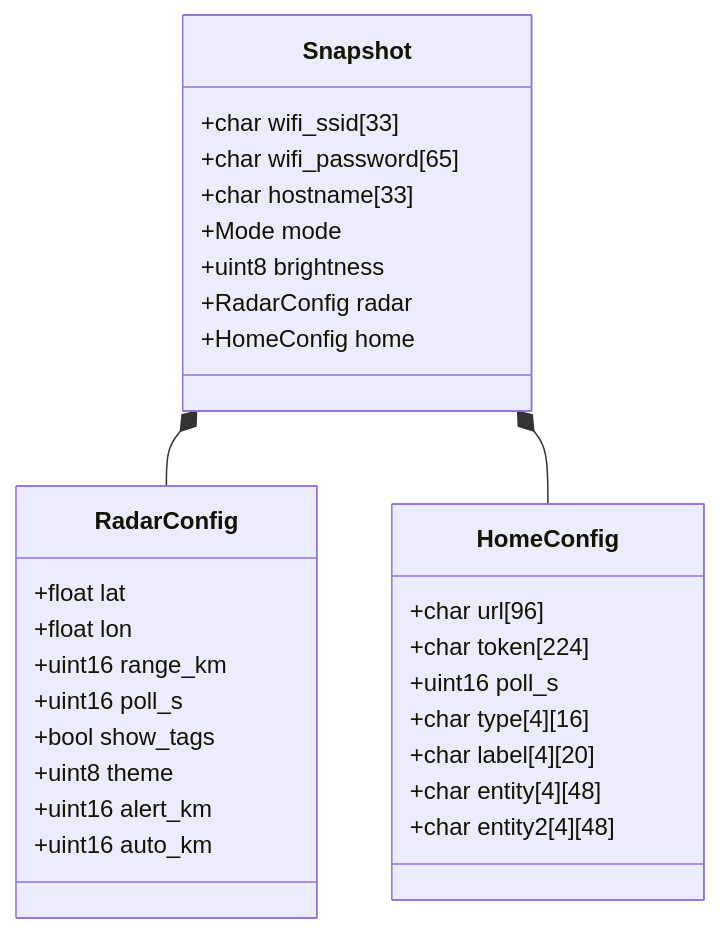
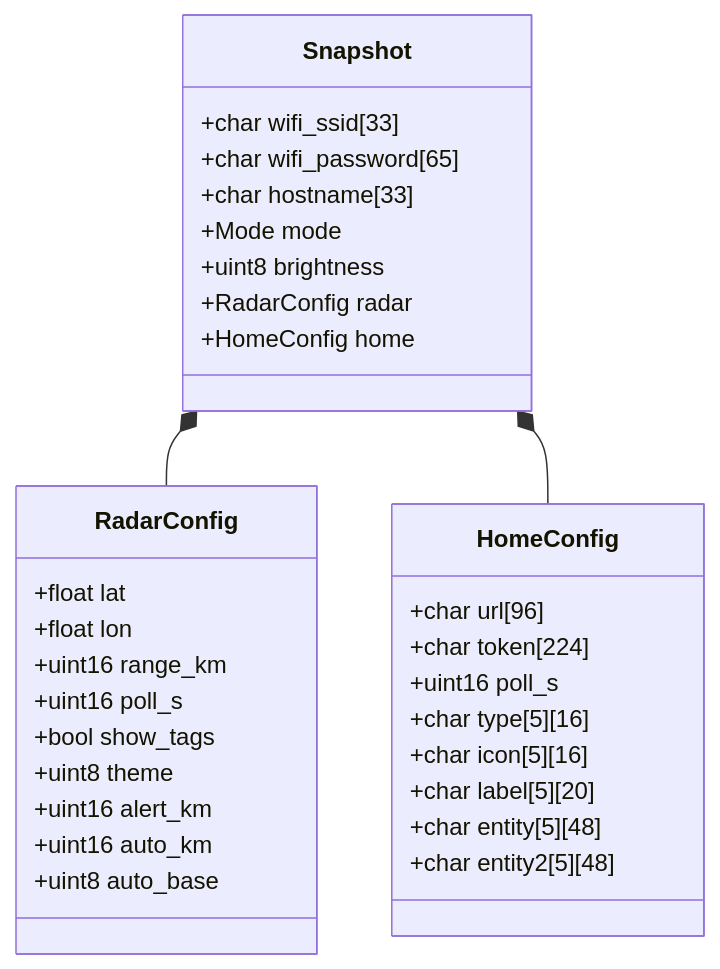
Before and after one commit to Krasnov777/esp32-sky-gauge: the third of 8 diagrams in ARCHITECTURE.md, drawn with Mermaid. The commit also changed other lines of this file and 1 other file, not shown here.

Commit message:
Docs: Home 5 pages + icons, Auto resting-screen selector

````diff
--- a/ARCHITECTURE.md
+++ b/ARCHITECTURE.md
@@ -197,33 +197,35 @@
 ```mermaid
 classDiagram
   class Snapshot {
     +char wifi_ssid[33]
     +char wifi_password[65]
     +char hostname[33]
     +Mode mode
     +uint8 brightness
     +RadarConfig radar
     +HomeConfig home
   }
   class RadarConfig {
     +float lat
     +float lon
     +uint16 range_km
     +uint16 poll_s
     +bool show_tags
     +uint8 theme
     +uint16 alert_km
     +uint16 auto_km
+    +uint8 auto_base
   }
   class HomeConfig {
     +char url[96]
     +char token[224]
     +uint16 poll_s
-    +char type[4][16]
-    +char label[4][20]
-    +char entity[4][48]
-    +char entity2[4][48]
+    +char type[5][16]
+    +char icon[5][16]
+    +char label[5][20]
+    +char entity[5][48]
+    +char entity2[5][48]
   }
   Snapshot *-- RadarConfig
   Snapshot *-- HomeConfig
 ```
````
